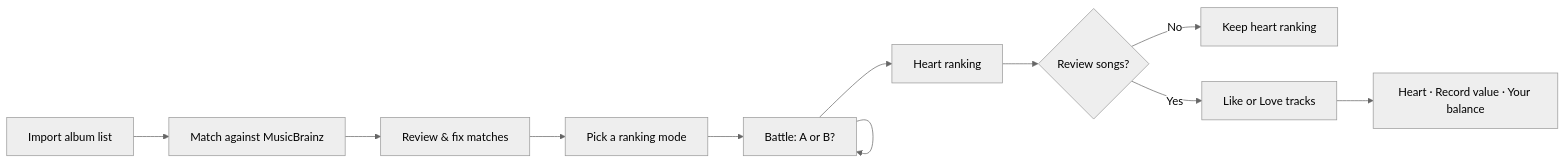
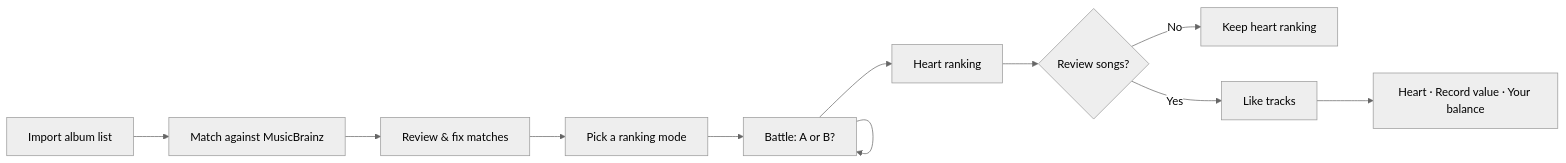
The diagram in README.md (koobzaar/Solitude), drawn with Mermaid (neutral theme) before and after one commit. The commit also changed other lines of this file and 16 other files, not shown here.

Commit message:
feat: redesign ranking flow and simplify track likes

````diff
--- a/README.md
+++ b/README.md
@@ -57,13 +57,13 @@
 ```mermaid
 flowchart LR
     A[Import album list] --> B[Match against MusicBrainz]
     B --> C[Review & fix matches]
     C --> D[Pick a ranking mode]
     D --> E[Battle: A or B?]
     E --> E
     E --> F[Heart ranking]
     F --> G{Review songs?}
     G -->|No| H[Keep heart ranking]
-    G -->|Yes| I[Like or Love tracks]
+    G -->|Yes| I[Like tracks]
     I --> J[Heart · Record value · Your balance]
 ```
````
